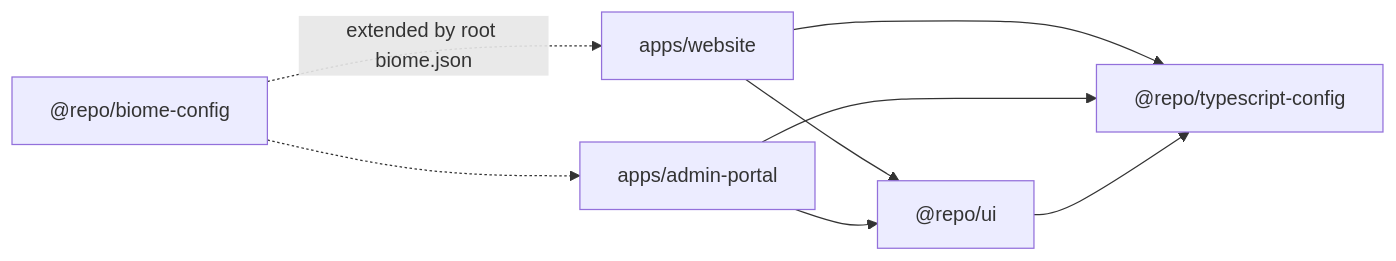
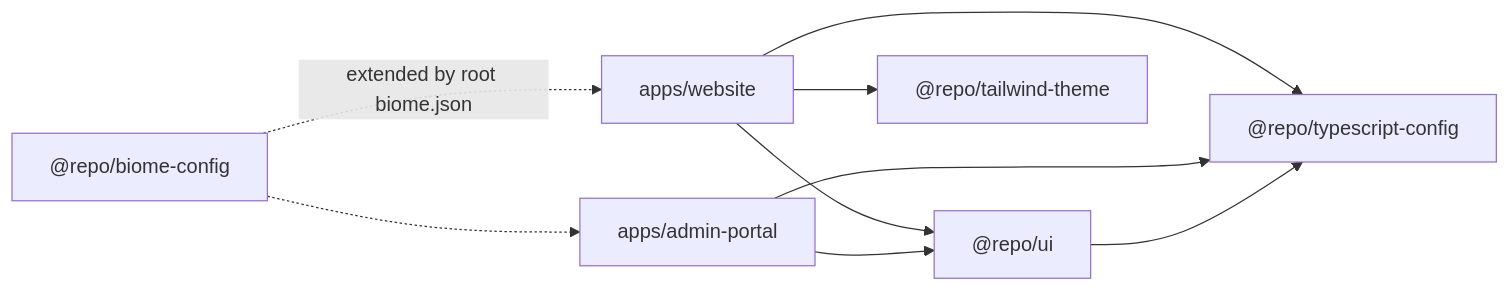
Before and after one commit to pabloplico/paulclarke.au: the first of 2 diagrams in README.md, drawn with Mermaid. The commit also changed other lines of this file and 7 other files, not shown here.

First line of the commit message:
refactor(website): move the Tailwind theme into @repo/tailwind-theme (#14)

````diff
--- a/README.md
+++ b/README.md
@@ -27,10 +28,11 @@
 ```mermaid
 graph LR
   website["apps/website"] --> ui["@repo/ui"]
   admin["apps/admin-portal"] --> ui
+  website --> theme["@repo/tailwind-theme"]
   website --> ts["@repo/typescript-config"]
   admin --> ts
   ui --> ts
   biome["@repo/biome-config"] -.->|extended by root biome.json| website
   biome -.-> admin
 ```
````
